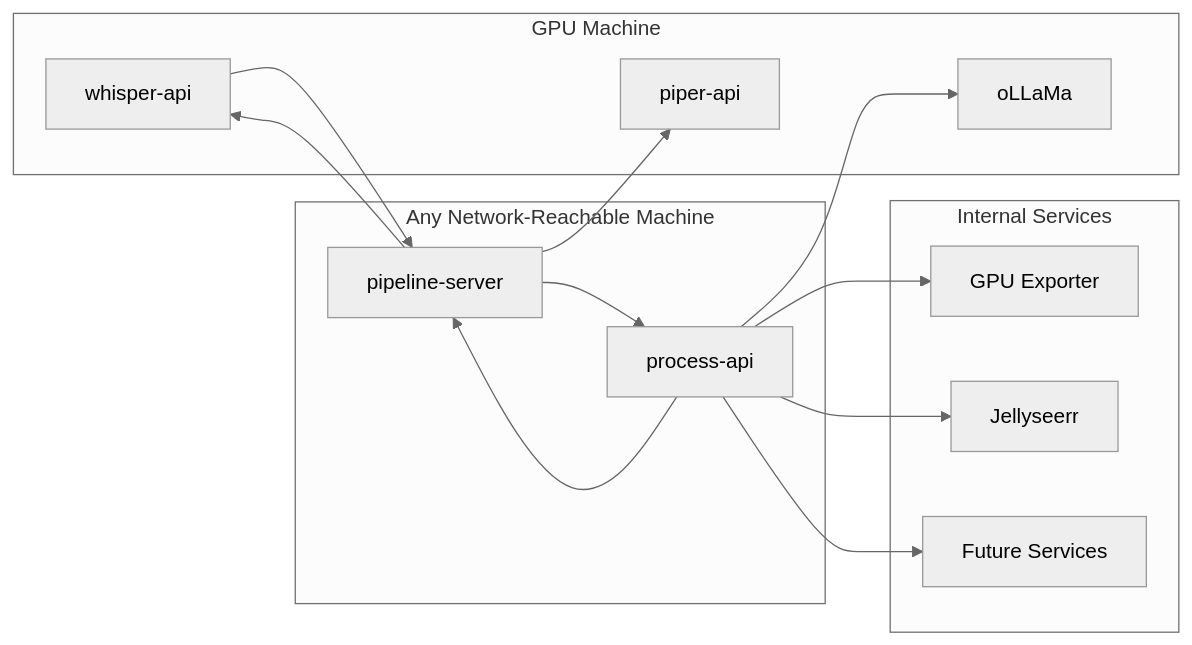
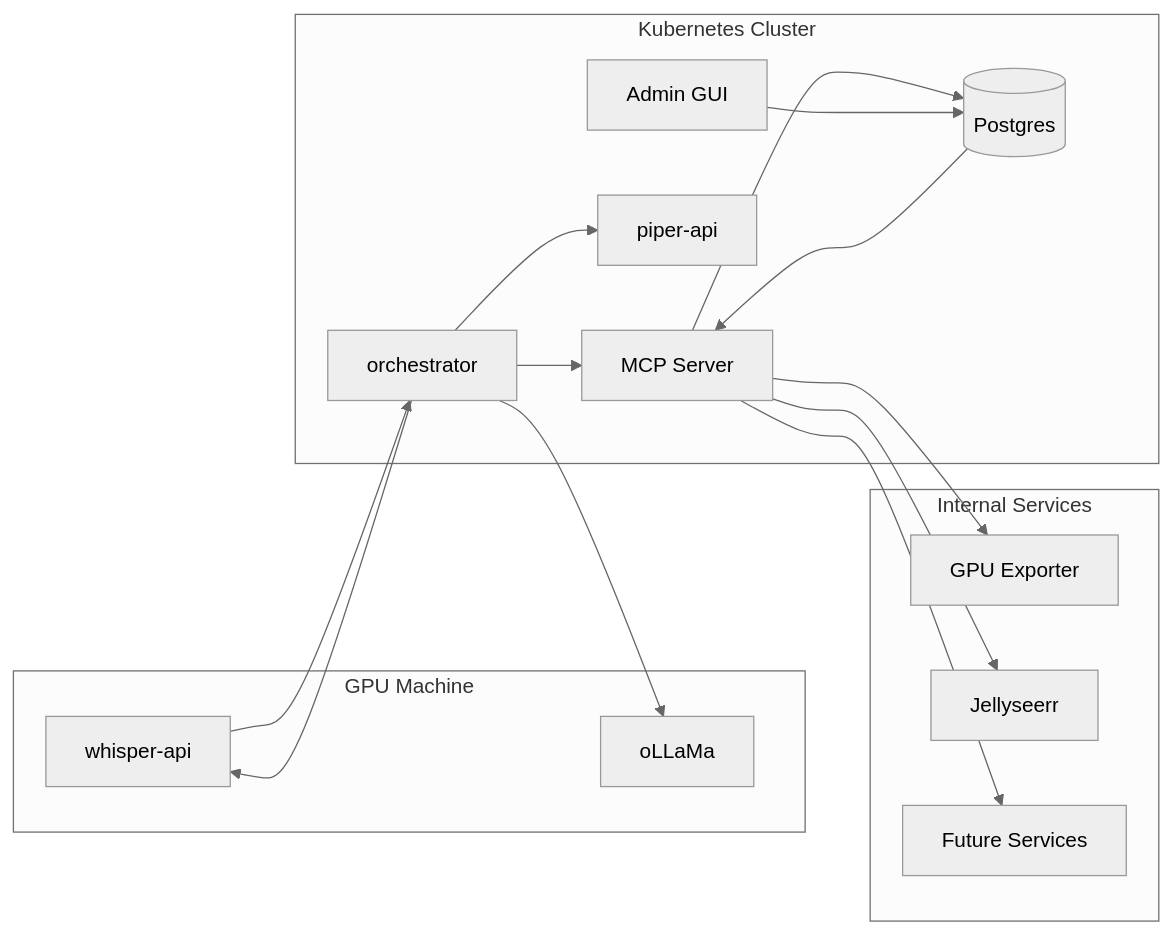
The second of 4 diagrams in docs/ARCHITECTURE.md (psyeo2/Clankassist), drawn with Mermaid (neutral theme) before and after one commit. The commit also changed other lines of this file, not shown here.

Commit message:
architecture update

````diff
--- a/docs/ARCHITECTURE.md
+++ b/docs/ARCHITECTURE.md
@@ -40,30 +51,34 @@
 ```mermaid
 flowchart LR
 
 subgraph GPUHost["GPU Machine"]
   whisper[whisper-api]
   ollama[oLLaMa]
-  piper[piper-api]
 end
 
-subgraph Anywhere["Any Network-Reachable Machine"]
-  pipeline[pipeline-server]
-  process[process-api]
+subgraph AppHost["Kubernetes Cluster"]
+  orchestrator[orchestrator]
+  mcp[MCP Server]
+  piper[piper-api]
+  postgres[(Postgres)]
+  admin[Admin GUI]
 end
 
 subgraph Services["Internal Services"]
   gpu[GPU Exporter]
   jelly[Jellyseerr]
   future[Future Services]
 end
 
-pipeline --> whisper
-whisper --> pipeline
-pipeline --> process
-process --> ollama
-process --> pipeline
-pipeline --> piper
-process --> gpu
-process --> jelly
-process --> future
+orchestrator --> whisper
+whisper --> orchestrator
+orchestrator --> ollama
+orchestrator --> mcp
+mcp --> postgres
+postgres --> mcp
+orchestrator --> piper
+mcp --> gpu
+mcp --> jelly
+mcp --> future
+admin --> postgres
 ```
````
